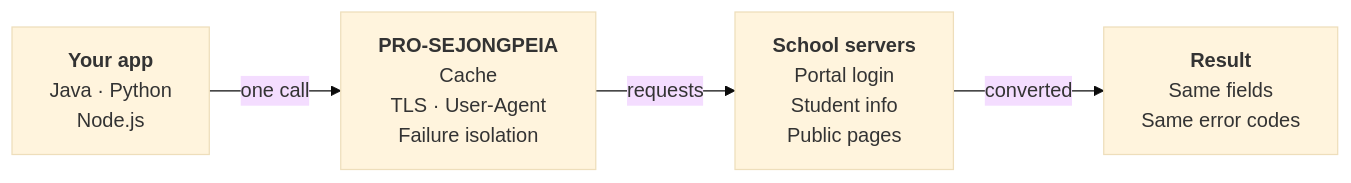
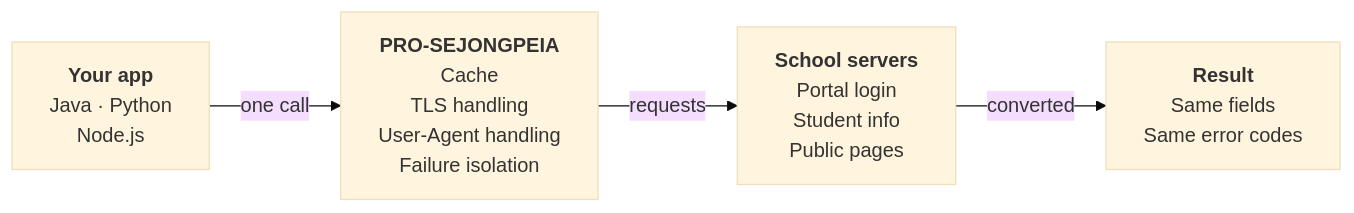
The diagram in docs/assets/diagrams/overview.en.mmd (Cassiiopeia/pro-sejong-auth), drawn with Mermaid (base theme) before and after one commit. The commit also changed 11 other files, not shown here.

Commit message:
README와 사이트를 읽기 편하게 정돈하고 플로우차트를 추가 : docs : 차트 글자 크기와 좁은 화면 배치, 표 최소 폭, 안내 상자 색, FAQ·개설강좌 한눈 요약을 다듬기 https://github.com/Cassiiopeia/pro-sejongpeia/issues/148

```diff
--- a/docs/assets/diagrams/overview.en.mmd
+++ b/docs/assets/diagrams/overview.en.mmd
@@ -1,10 +1,10 @@
 %% alt: Your app makes one call, the library handles caching, TLS and User-Agent, and failure isolation while talking to the school servers, and returns a result with the same shape
 %% narrow: TB
 flowchart LR
   app["<b>Your app</b><br/>Java · Python<br/>Node.js"]:::neutral
-  lib["<b>PRO-SEJONGPEIA</b><br/>Cache<br/>TLS · User-Agent<br/>Failure isolation"]:::accent
+  lib["<b>PRO#8209;SEJONGPEIA</b><br/>Cache<br/>TLS handling<br/>User-Agent handling<br/>Failure isolation"]:::accent
   school["<b>School servers</b><br/>Portal login<br/>Student info<br/>Public pages"]:::neutral
   result["<b>Result</b><br/>Same fields<br/>Same error codes"]:::soft
   app -->|"one call"| lib
   lib -->|"requests"| school
   school -->|"converted"| result
```
